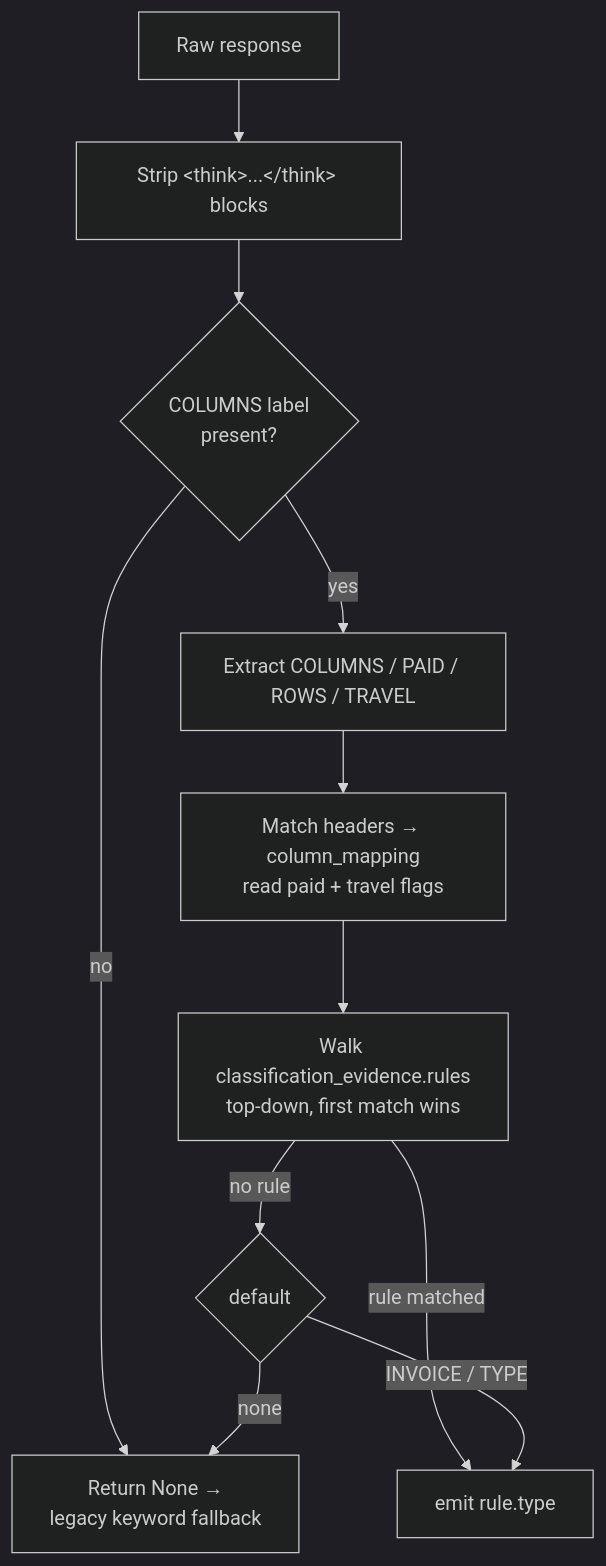
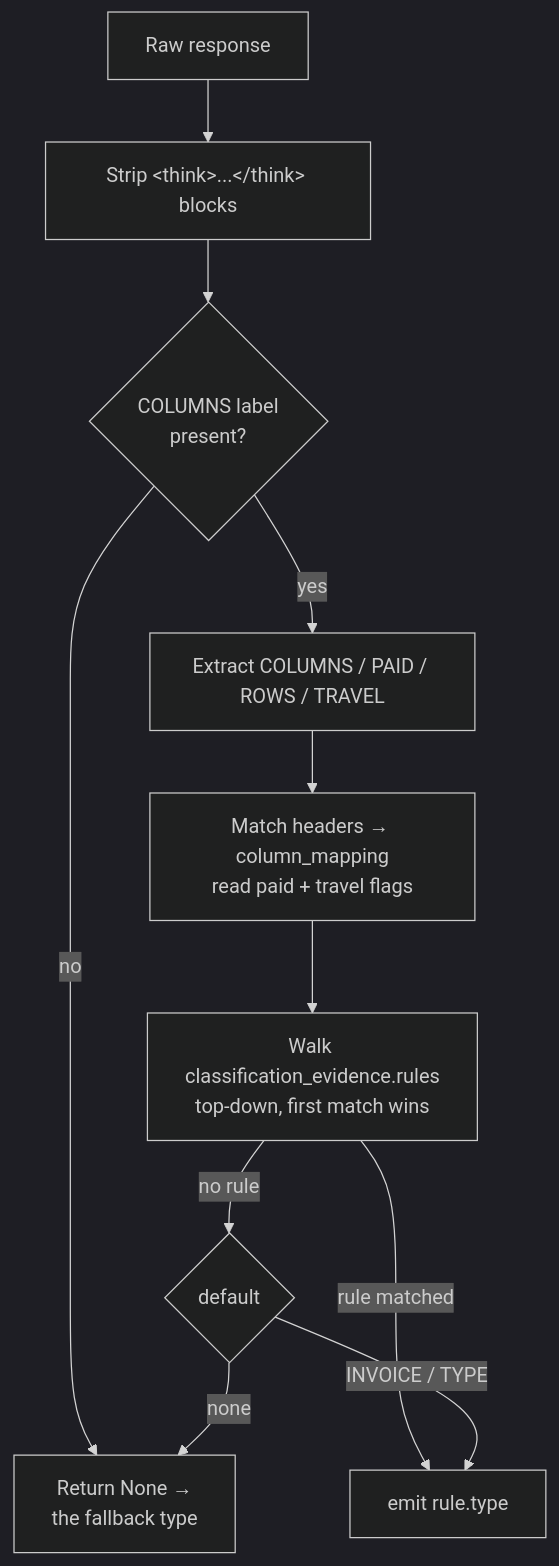
One commit to tmnestor/Doc_Extraction_Pipeline changed the second of 3 diagrams in docs/document_classification.md. Above: the diagram before and after it, drawn with Mermaid (dark theme). The commit also changed other lines of this file and 4 other files, not shown here.

````diff
--- a/docs/document_classification.md
+++ b/docs/document_classification.md
@@ -146,13 +145,13 @@
 ```mermaid
 flowchart TD
     R[Raw response] --> S[Strip &lt;think&gt;...&lt;/think&gt; blocks]
     S --> T{COLUMNS label<br/>present?}
-    T -->|no| L[Return None →<br/>legacy keyword fallback]
+    T -->|no| L[Return None →<br/>the fallback type]
     T -->|yes| U[Extract COLUMNS / PAID / ROWS / TRAVEL]
     U --> V[Match headers → column_mapping<br/>read paid + travel flags]
     V --> W[Walk classification_evidence.rules<br/>top-down, first match wins]
     W -->|rule matched| TYPE[emit rule.type]
     W -->|no rule| D{default}
     D -->|none| L
     D -->|INVOICE / TYPE| TYPE
 ```
````
